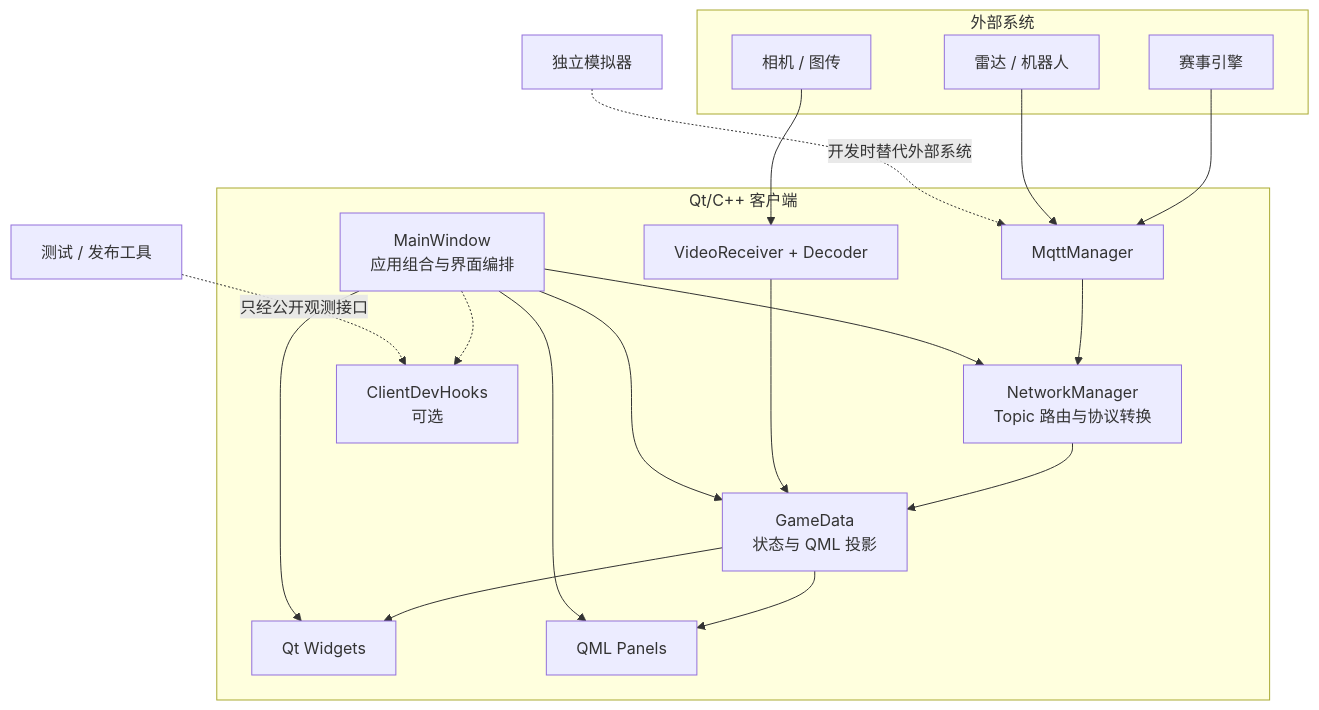
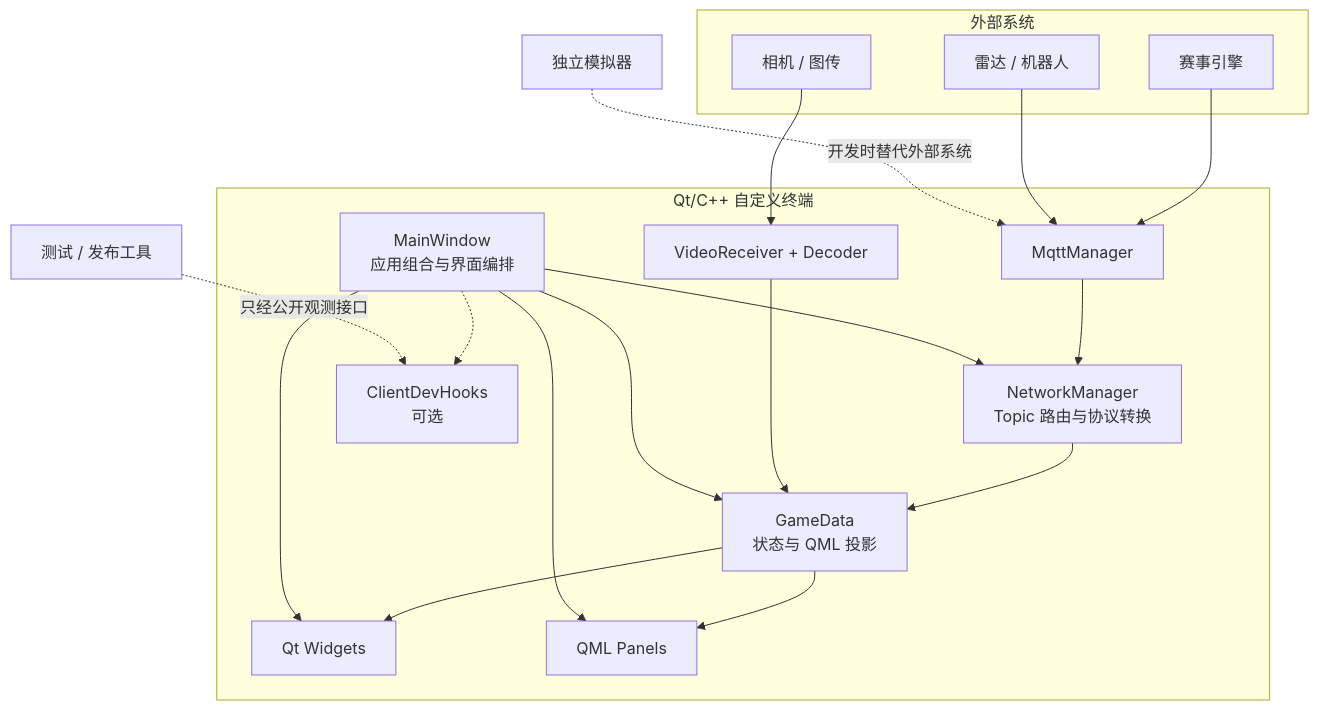
The first of 2 diagrams in docs/architecture/overview.md (AlanYuzhen/AdamClient), drawn with Mermaid before and after one commit. The commit also changed other lines of this file and 96 other files, not shown here.

````diff
--- a/docs/architecture/overview.md
+++ b/docs/architecture/overview.md
@@ -16,36 +16,36 @@
 ```mermaid
 flowchart TB
     subgraph External["外部系统"]
         Engine["赛事引擎"]
         Radar["雷达 / 机器人"]
         Camera["相机 / 图传"]
     end
 
-    subgraph Client["Qt/C++ 客户端"]
+    subgraph Client["Qt/C++ 自定义终端"]
         Main["MainWindow<br/>应用组合与界面编排"]
         Network["NetworkManager<br/>Topic 路由与协议转换"]
         Mqtt["MqttManager"]
         State["GameData<br/>状态与 QML 投影"]
         Video["VideoReceiver + Decoder"]
         Widgets["Qt Widgets"]
         Qml["QML Panels"]
         Devhooks["ClientDevHooks<br/>可选"]
     end
 
     Engine --> Mqtt
     Radar --> Mqtt
     Mqtt --> Network
     Network --> State
     Camera --> Video
     Video --> State
     State --> Widgets
     State --> Qml
     Main --> Network
     Main --> State
     Main --> Widgets
     Main --> Qml
     Main -.-> Devhooks
 
     Simulator["独立模拟器"] -. "开发时替代外部系统" .-> Mqtt
     Tools["测试 / 发布工具"] -. "只经公开观测接口" .-> Devhooks
 ```
````
